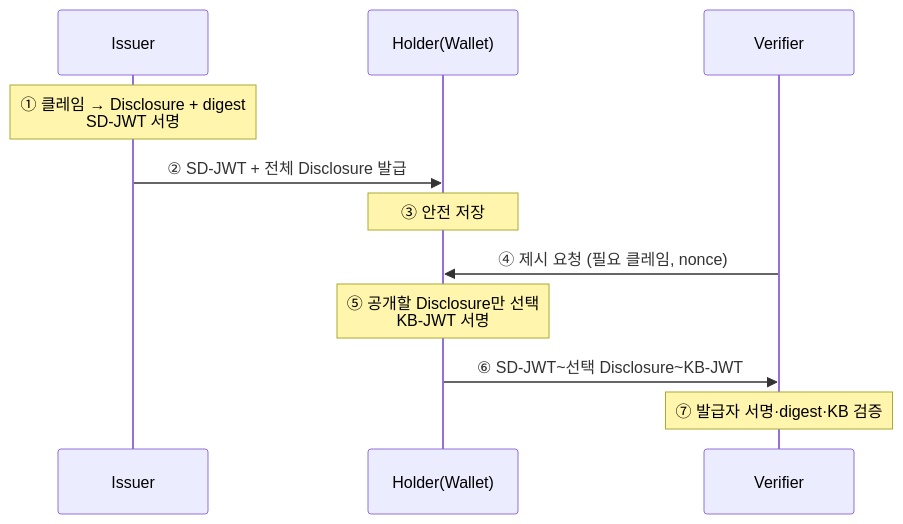
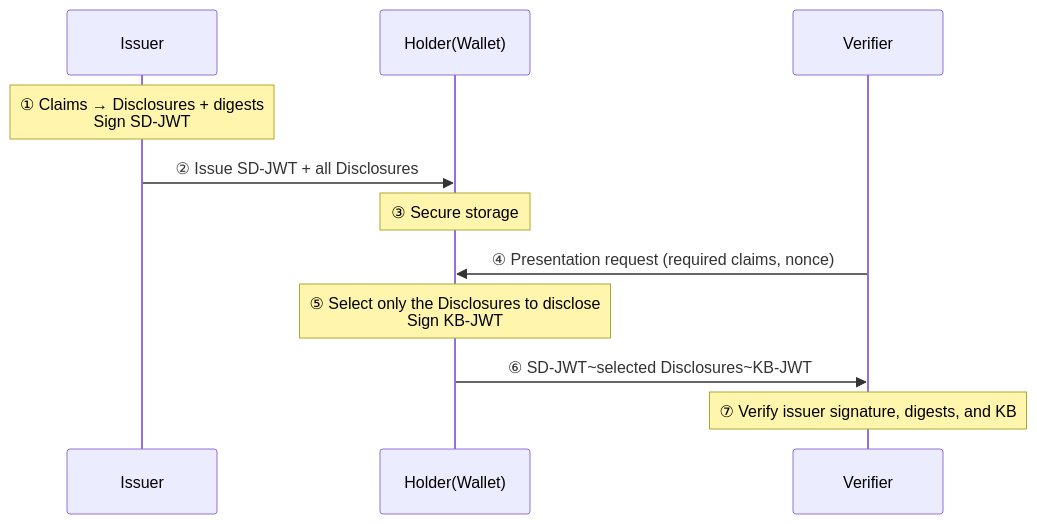
The third of 3 diagrams in docs/concepts/sdjwt/sdjwt_overview.md (OmniOneID/poc-oid4vc), drawn with Mermaid before and after one commit. The commit also changed other lines of this file and 29 other files, not shown here.

````diff
--- a/docs/concepts/sdjwt/sdjwt_overview.md
+++ b/docs/concepts/sdjwt/sdjwt_overview.md
@@ -140,14 +140,14 @@
 ```mermaid
 sequenceDiagram
     participant I as Issuer
     participant H as Holder(Wallet)
     participant V as Verifier
 
-    Note over I: ① 클레임 → Disclosure + digest<br/>SD-JWT 서명
-    I->>H: ② SD-JWT + 전체 Disclosure 발급
-    Note over H: ③ 안전 저장
-    V->>H: ④ 제시 요청 (필요 클레임, nonce)
-    Note over H: ⑤ 공개할 Disclosure만 선택<br/>KB-JWT 서명
-    H->>V: ⑥ SD-JWT~선택 Disclosure~KB-JWT
-    Note over V: ⑦ 발급자 서명·digest·KB 검증
+    Note over I: ① Claims → Disclosures + digests<br/>Sign SD-JWT
+    I->>H: ② Issue SD-JWT + all Disclosures
+    Note over H: ③ Secure storage
+    V->>H: ④ Presentation request (required claims, nonce)
+    Note over H: ⑤ Select only the Disclosures to disclose<br/>Sign KB-JWT
+    H->>V: ⑥ SD-JWT~selected Disclosures~KB-JWT
+    Note over V: ⑦ Verify issuer signature, digests, and KB
 ```
````
